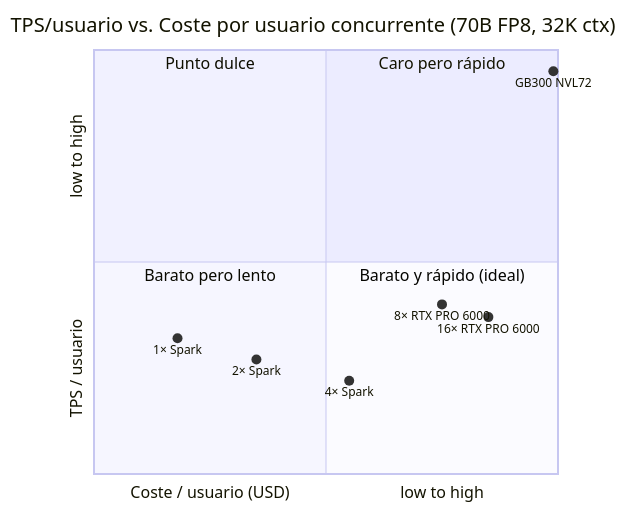
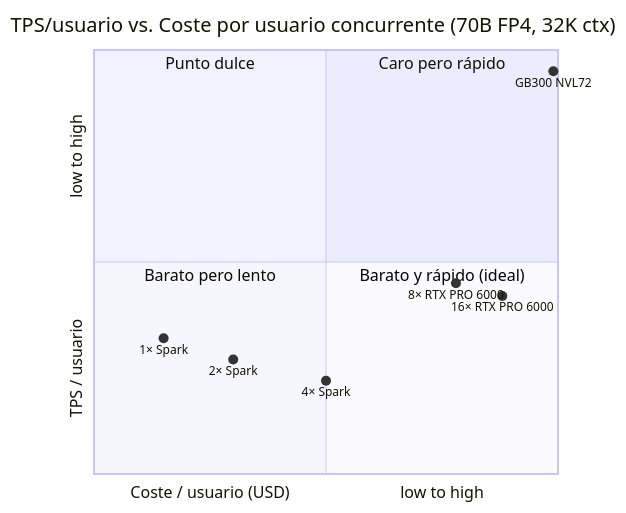
One commit to SIRGPrice/Spark-Ring-Comparable-Viability changed the fourth of 6 diagrams in README.md. Above: the diagram before and after it, drawn with Mermaid. The commit also changed other lines of this file, not shown here.

````diff
--- a/README.md
+++ b/README.md
@@ -879,16 +871,16 @@
 ```mermaid
 quadrantChart
-    title TPS/usuario vs. Coste por usuario concurrente (70B FP8, 32K ctx)
+    title TPS/usuario vs. Coste por usuario concurrente (70B FP4, 32K ctx)
     x-axis "Coste / usuario (USD)" --> low to high
     y-axis "TPS / usuario" --> low to high
     quadrant-1 "Caro pero rápido"
     quadrant-2 "Punto dulce"
     quadrant-3 "Barato pero lento"
     quadrant-4 "Barato y rápido (ideal)"
-    "1× Spark": [0.18, 0.32]
-    "2× Spark": [0.35, 0.27]
-    "4× Spark": [0.55, 0.22]
-    "8× RTX PRO 6000": [0.75, 0.40]
-    "16× RTX PRO 6000": [0.85, 0.37]
+    "1× Spark": [0.15, 0.32]
+    "2× Spark": [0.30, 0.27]
+    "4× Spark": [0.50, 0.22]
+    "8× RTX PRO 6000": [0.78, 0.45]
+    "16× RTX PRO 6000": [0.88, 0.42]
     "GB300 NVL72": [0.99, 0.95]
 ```
````
